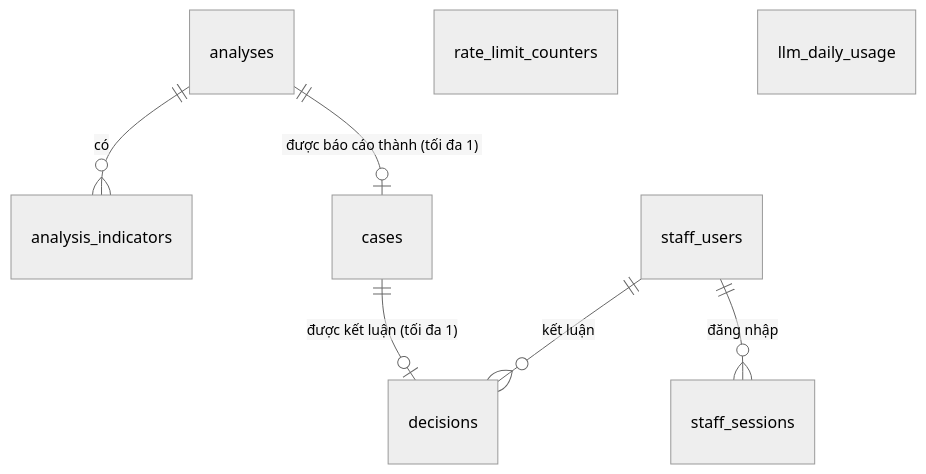
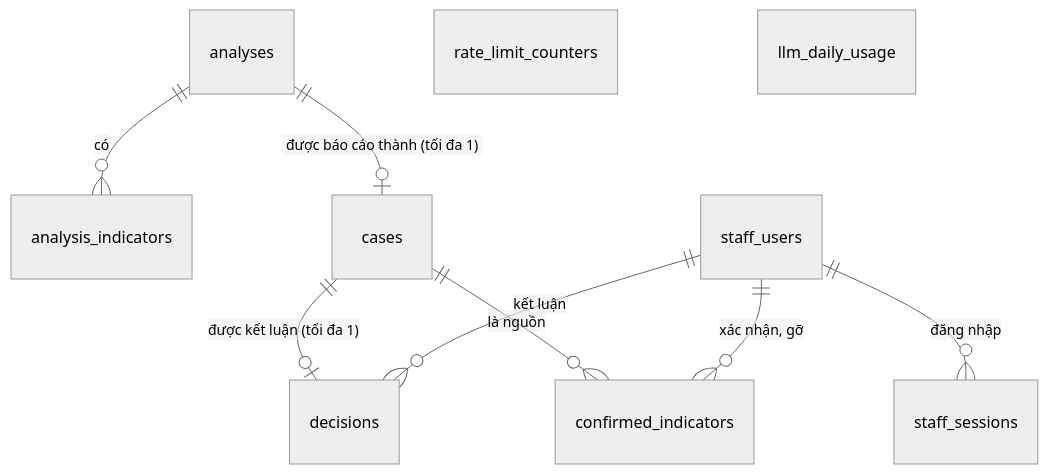
Before and after one commit to AkiraTomori/ScamShield-Ops: the diagram in docs/architecture/data-model.md, drawn with Mermaid (neutral theme). The commit also changed other lines of this file and 42 other files, not shown here.

First line of the commit message:
feat: add confirmed indicators table and related functionality

````diff
--- a/docs/architecture/data-model.md
+++ b/docs/architecture/data-model.md
@@ -15,10 +15,12 @@
 ```mermaid
 erDiagram
     analyses ||--o{ analysis_indicators : "có"
     analyses ||--o| cases : "được báo cáo thành (tối đa 1)"
     cases ||--o| decisions : "được kết luận (tối đa 1)"
     staff_users ||--o{ decisions : "kết luận"
     staff_users ||--o{ staff_sessions : "đăng nhập"
+    cases ||--o{ confirmed_indicators : "là nguồn"
+    staff_users ||--o{ confirmed_indicators : "xác nhận, gỡ"
     rate_limit_counters
     llm_daily_usage
 ```
````
